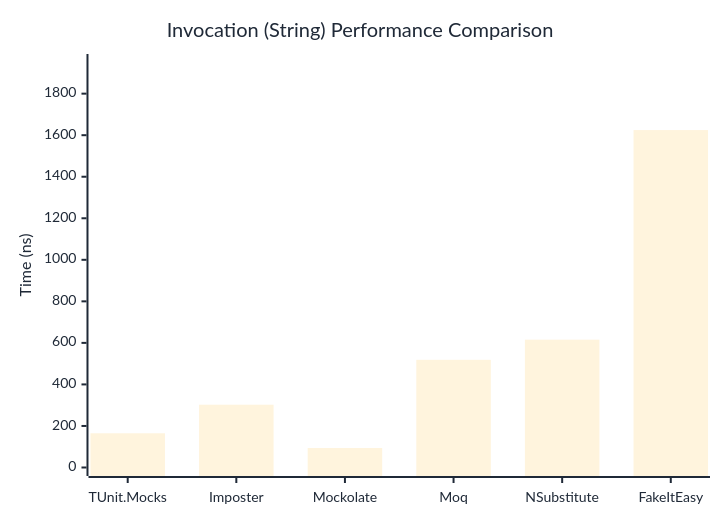
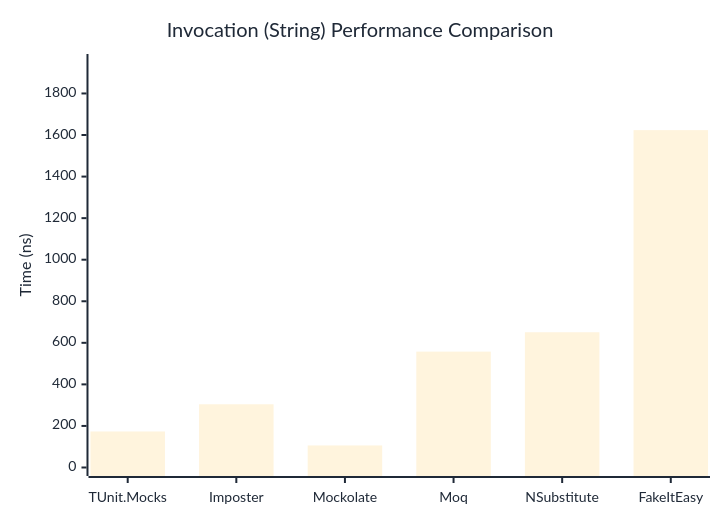
The second of 3 diagrams in docs/docs/benchmarks/mocks/Invocation.md (thomhurst/TUnit), drawn with Mermaid before and after one commit. The commit also changed other lines of this file and 14 other files, not shown here.

````diff
--- a/docs/docs/benchmarks/mocks/Invocation.md
+++ b/docs/docs/benchmarks/mocks/Invocation.md
@@ -71,27 +71,27 @@
 ```mermaid
 %%{init: {
   'theme':'base',
   'themeVariables': {
     'primaryColor': '#2563eb',
     'primaryTextColor': '#1f2937',
     'primaryBorderColor': '#1e40af',
     'lineColor': '#6b7280',
     'secondaryColor': '#7c3aed',
     'tertiaryColor': '#dc2626',
     'background': '#ffffff',
     'pie1': '#2563eb',
     'pie2': '#7c3aed',
     'pie3': '#dc2626',
     'pie4': '#f59e0b',
     'pie5': '#10b981',
     'pie6': '#06b6d4',
     'pie7': '#ec4899',
     'pie8': '#6366f1'
   }
 }}%%
 xychart-beta
   title "Invocation (String) Performance Comparison"
   x-axis ["TUnit.Mocks", "Imposter", "Mockolate", "Moq", "NSubstitute", "FakeItEasy"]
-  y-axis "Time (ns)" 0 --> 1950
-  bar [164.75, 302.3, 93.96, 518.41, 615.5, 1624.58]
+  y-axis "Time (ns)" 0 --> 1949
+  bar [173.4, 304.2, 106.2, 557.7, 650.9, 1623.5]
 ```
````
